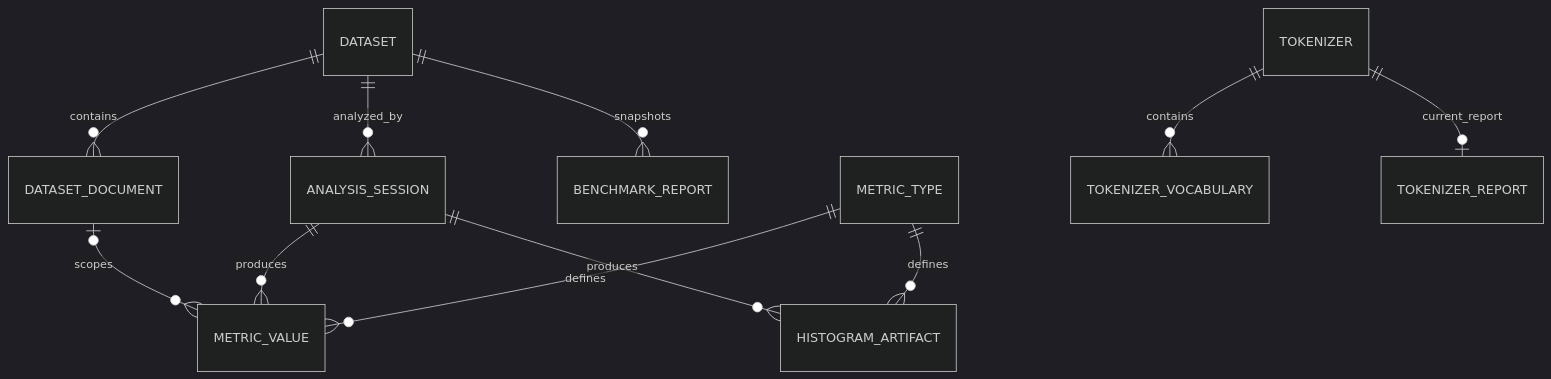
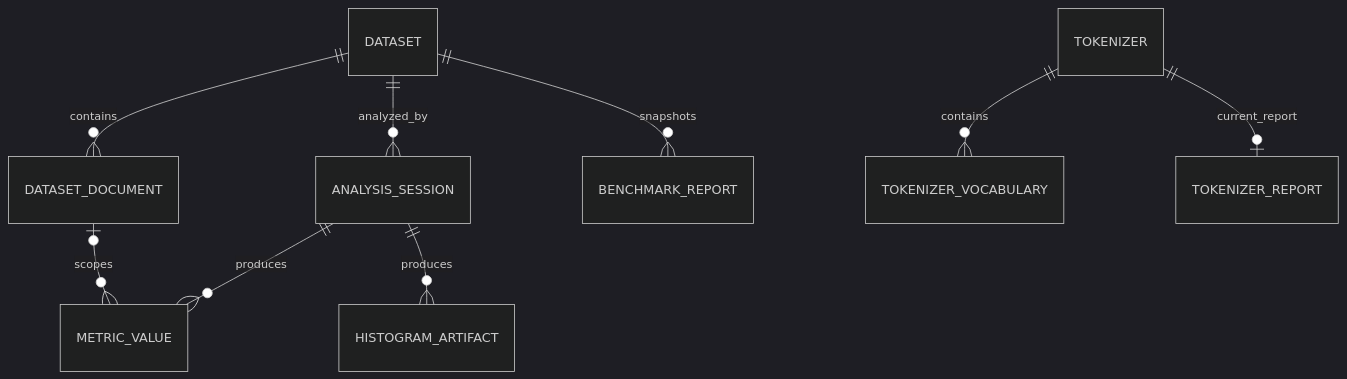
The diagram in assets/docs/architecture/persistence.md (CTCycle/TKBEN-tokenizers-benchmarker), drawn with Mermaid (dark theme) before and after one commit. The commit also changed other lines of this file and 56 other files, not shown here.

````diff
--- a/assets/docs/architecture/persistence.md
+++ b/assets/docs/architecture/persistence.md
@@ -44,13 +45,11 @@
 ```mermaid
 erDiagram
     DATASET ||--o{ DATASET_DOCUMENT : contains
     DATASET ||--o{ ANALYSIS_SESSION : analyzed_by
     DATASET ||--o{ BENCHMARK_REPORT : snapshots
     ANALYSIS_SESSION ||--o{ METRIC_VALUE : produces
     ANALYSIS_SESSION ||--o{ HISTOGRAM_ARTIFACT : produces
-    METRIC_TYPE ||--o{ METRIC_VALUE : defines
-    METRIC_TYPE ||--o{ HISTOGRAM_ARTIFACT : defines
     DATASET_DOCUMENT o|--o{ METRIC_VALUE : scopes
     TOKENIZER ||--o{ TOKENIZER_VOCABULARY : contains
     TOKENIZER ||--o| TOKENIZER_REPORT : current_report
 ```
````
